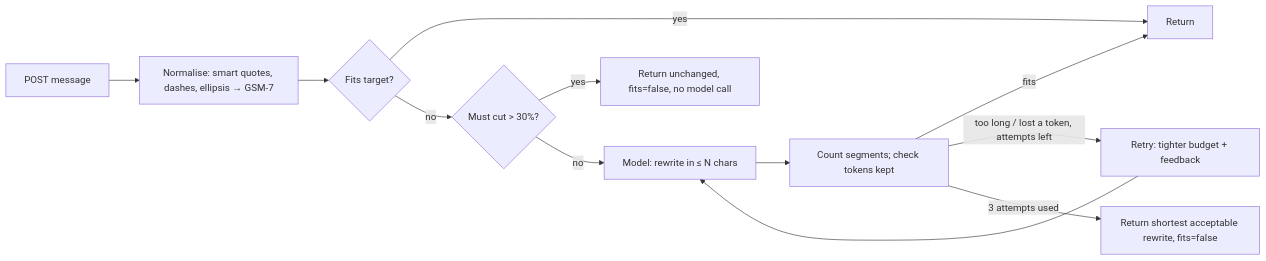
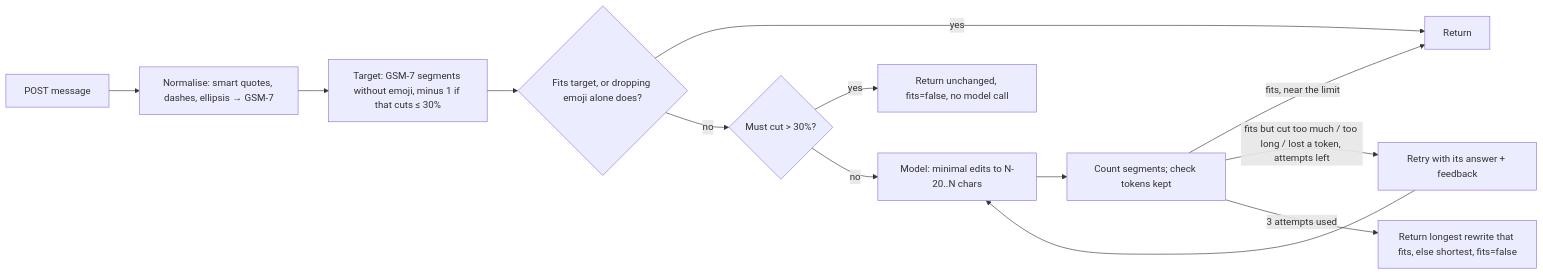
The diagram in README.md (jethro-chms/jethro-sms-shortener), drawn with Mermaid before and after one commit. The commit also changed other lines of this file and 3 other files, not shown here.

First line of the commit message:
Minimal edits: keep the original wording, land just under the boundary, and drop emoji first

````diff
--- a/README.md
+++ b/README.md
@@ -16,14 +16,15 @@
 ```mermaid
 flowchart LR
   A[POST message] --> B[Normalise: smart quotes, dashes, ellipsis → GSM-7]
-  B --> C{Fits target?}
+  B --> T[Target: GSM-7 segments without emoji, minus 1 if that cuts ≤ 30%]
+  T --> C{Fits target, or dropping emoji alone does?}
   C -- yes --> R[Return]
   C -- no --> H{Must cut > 30%?}
   H -- yes --> S[Return unchanged, fits=false, no model call]
-  H -- no --> D[Model: rewrite in ≤ N chars]
+  H -- no --> D[Model: minimal edits to N-20..N chars]
   D --> E[Count segments; check tokens kept]
-  E -- fits --> R
-  E -- too long / lost a token, attempts left --> F[Retry: tighter budget + feedback]
+  E -- fits, near the limit --> R
+  E -- fits but cut too much / too long / lost a token, attempts left --> F[Retry with its answer + feedback]
   F --> D
-  E -- 3 attempts used --> G[Return shortest acceptable rewrite, fits=false]
+  E -- 3 attempts used --> G[Return longest rewrite that fits, else shortest, fits=false]
 ```
````
